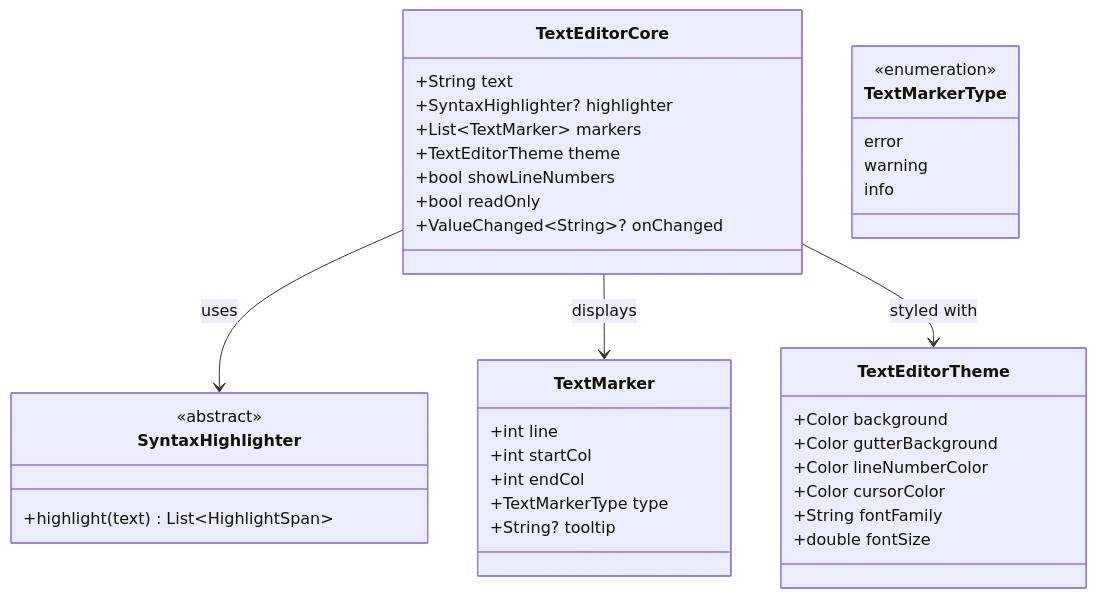
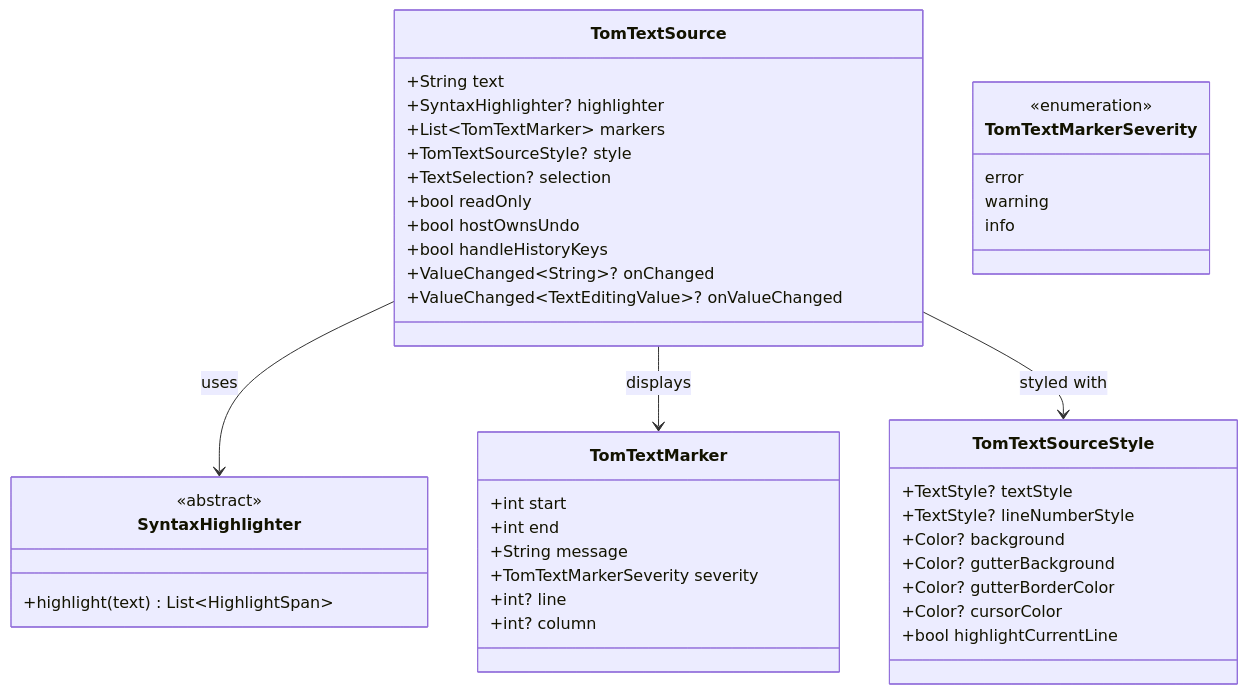
One commit to al-the-bear/tom_forge_modules changed the sixth of 19 diagrams in tom_yaml_editor/doc/yaml_editor_architecture_design.md. Above: the diagram before and after it, drawn with Mermaid. The commit also changed other lines of this file and 19 other files, not shown here.

First line of the commit message:
TextEditorCore goes: the YAML schema editor and inspector draw through TomTextSource (forgerestruct10, part A)

````diff
--- a/tom_yaml_editor/doc/yaml_editor_architecture_design.md
+++ b/tom_yaml_editor/doc/yaml_editor_architecture_design.md
@@ -313,45 +312,50 @@
 ```mermaid
 classDiagram
-    class TextEditorCore {
+    class TomTextSource {
         +String text
         +SyntaxHighlighter? highlighter
-        +List~TextMarker~ markers
-        +TextEditorTheme theme
-        +bool showLineNumbers
+        +List~TomTextMarker~ markers
+        +TomTextSourceStyle? style
+        +TextSelection? selection
         +bool readOnly
+        +bool hostOwnsUndo
+        +bool handleHistoryKeys
         +ValueChanged~String~? onChanged
+        +ValueChanged~TextEditingValue~? onValueChanged
     }
 
     class SyntaxHighlighter {
         <<abstract>>
         +highlight(text) List~HighlightSpan~
     }
 
-    class TextMarker {
-        +int line
-        +int startCol
-        +int endCol
-        +TextMarkerType type
-        +String? tooltip
+    class TomTextMarker {
+        +int start
+        +int end
+        +String message
+        +TomTextMarkerSeverity severity
+        +int? line
+        +int? column
     }
 
-    class TextMarkerType {
+    class TomTextMarkerSeverity {
         <<enumeration>>
         error
         warning
         info
     }
 
-    class TextEditorTheme {
-        +Color background
-        +Color gutterBackground
-        +Color lineNumberColor
-        +Color cursorColor
-        +String fontFamily
-        +double fontSize
+    class TomTextSourceStyle {
+        +TextStyle? textStyle
+        +TextStyle? lineNumberStyle
+        +Color? background
+        +Color? gutterBackground
+        +Color? gutterBorderColor
+        +Color? cursorColor
+        +bool highlightCurrentLine
     }
 
-    TextEditorCore --> SyntaxHighlighter : uses
-    TextEditorCore --> TextMarker : displays
-    TextEditorCore --> TextEditorTheme : styled with
+    TomTextSource --> SyntaxHighlighter : uses
+    TomTextSource --> TomTextMarker : displays
+    TomTextSource --> TomTextSourceStyle : styled with
 ```
````
